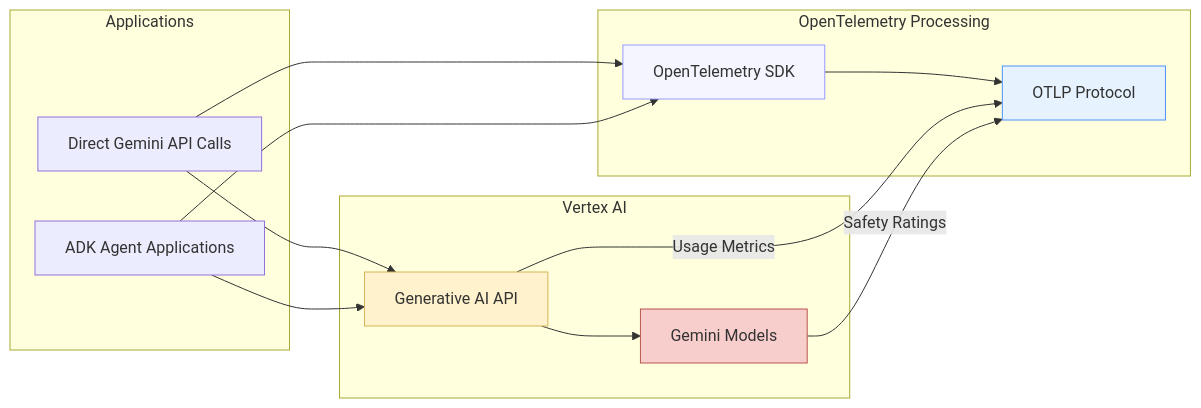
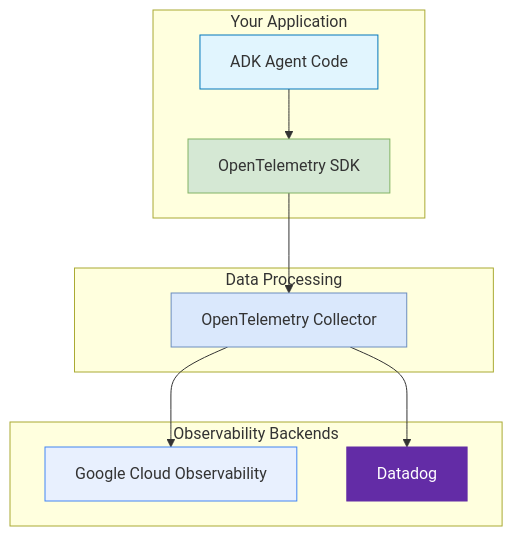
Before and after one commit to raphaelmansuy/tutorials: the fourth of 4 diagrams in 31_observability_llm_adk_vertex.md, drawn with Mermaid. The commit also changed other lines of this file and 1 other file, not shown here.

Commit message:
Delete the comprehensive guide on Vertex AI & Agent Engine Observability, including all sections on implementation, prerequisites, and advanced observability techniques.

````diff
--- a/31_observability_llm_adk_vertex.md
+++ b/31_observability_llm_adk_vertex.md
@@ -573,36 +878,27 @@
 ```mermaid
-flowchart LR
-    subgraph "Applications"
-        APP[Direct Gemini API Calls]
-        ADK[ADK Agent Applications]
+flowchart TB
+    subgraph "Your Application"
+        ADK[ADK Agent Code]
+        OTEL_SDK[OpenTelemetry SDK]
     end
 
-    subgraph "Vertex AI"
-        GENAI[Generative AI API]
-        MODEL[Gemini Models]
+    subgraph "Data Processing"
+        OTEL_COLLECTOR[OpenTelemetry Collector]
     end
 
-    subgraph "OpenTelemetry Processing"
-        OTEL[OpenTelemetry SDK]
-        OTLP[OTLP Protocol]
+    subgraph "Observability Backends"
+        GCP[Google Cloud Observability]
+        DATADOG[Datadog]
     end
 
-    %% Core application flow
-    APP --> GENAI
-    ADK --> GENAI
-    GENAI --> MODEL
+    ADK --> OTEL_SDK
+    OTEL_SDK --> OTEL_COLLECTOR
+    OTEL_COLLECTOR --> GCP
+    OTEL_COLLECTOR --> DATADOG
 
-    %% Telemetry collection
-    APP --> OTEL
-    ADK --> OTEL
-    OTEL --> OTLP
-
-    %% Native metrics
-    GENAI -->|Usage Metrics| OTLP
-    MODEL -->|Safety Ratings| OTLP
-
-    style OTEL fill:#f5f5ff,stroke:#9999ff
-    style OTLP fill:#e6f3ff,stroke:#4d94ff
-    style GENAI fill:#fff2cc,stroke:#d6b656
-    style MODEL fill:#f8cecc,stroke:#b85450
+    style ADK fill:#e1f5fe,stroke:#0277bd
+    style OTEL_SDK fill:#d5e8d4,stroke:#82b366
+    style OTEL_COLLECTOR fill:#dae8fc,stroke:#6c8ebf
+    style GCP fill:#e8f0fe,stroke:#4285f4
+    style DATADOG fill:#632ca6,stroke:#632ca6,color:#fff
 ```
````
